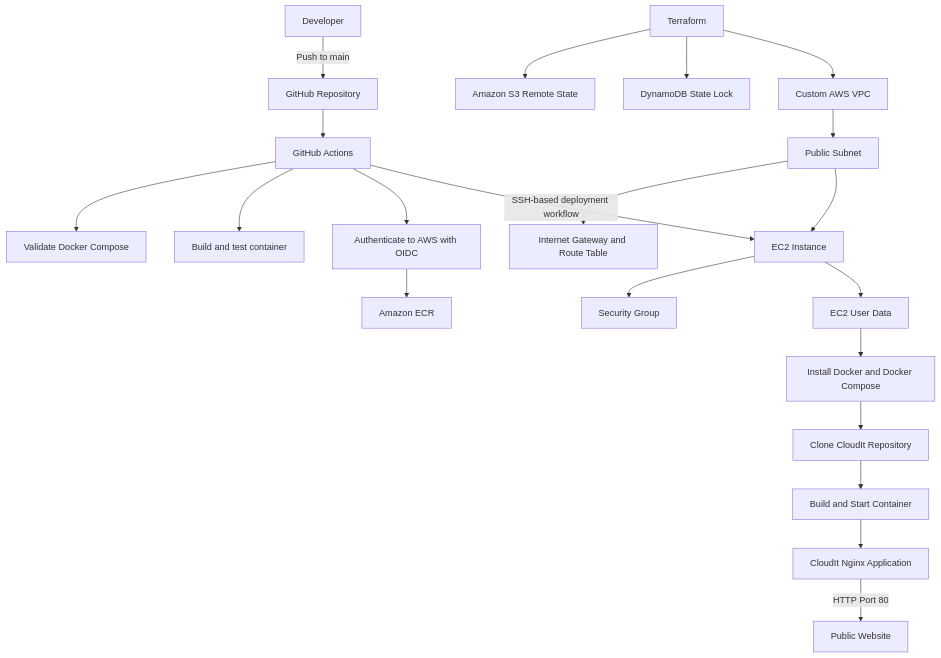
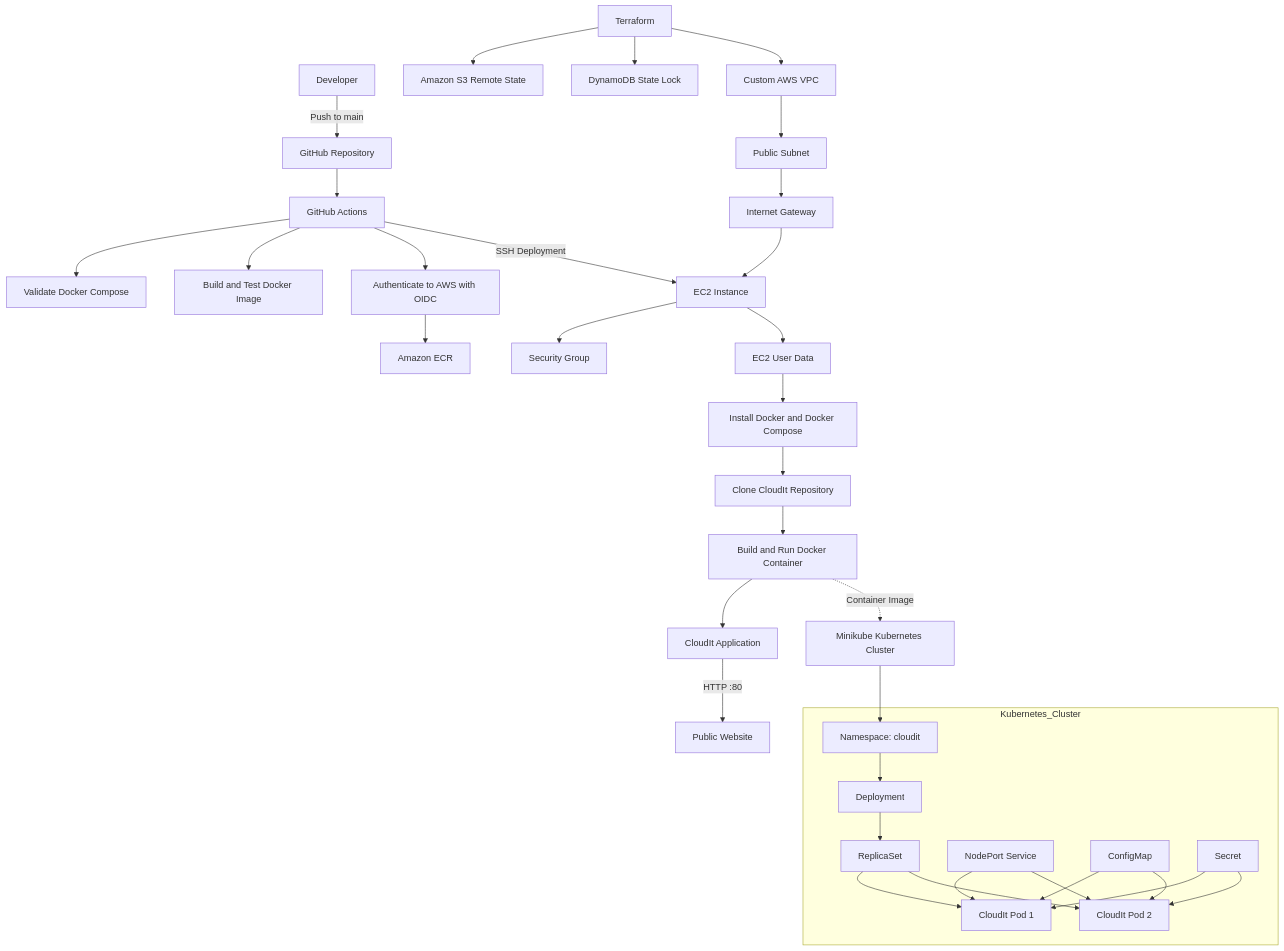
One commit to krish307/cloudit changed the first of 2 diagrams in README.md. Above: the diagram before and after it, drawn with Mermaid. The commit also changed other lines of this file and 14 other files, not shown here.

````diff
--- a/README.md
+++ b/README.md
@@ -73,28 +92,64 @@
 ```mermaid
 flowchart TD
     A[Developer] -->|Push to main| B[GitHub Repository]
 
+    %% Source Control & CI/CD
     B --> C[GitHub Actions]
     C --> C1[Validate Docker Compose]
-    C --> C2[Build and test container]
+    C --> C2[Build and Test Docker Image]
     C --> C3[Authenticate to AWS with OIDC]
     C3 --> D[Amazon ECR]
 
+    %% Infrastructure Provisioning
     E[Terraform] --> F[Amazon S3 Remote State]
     E --> G[DynamoDB State Lock]
     E --> H[Custom AWS VPC]
 
     H --> I[Public Subnet]
-    I --> J[Internet Gateway and Route Table]
-    I --> K[EC2 Instance]
+    I --> J[Internet Gateway]
+    J --> K[EC2 Instance]
     K --> L[Security Group]
 
+    %% EC2 Bootstrap
     K --> M[EC2 User Data]
     M --> N[Install Docker and Docker Compose]
     N --> O[Clone CloudIt Repository]
-    O --> P[Build and Start Container]
-    P --> Q[CloudIt Nginx Application]
-    Q -->|HTTP Port 80| R[Public Website]
+    O --> P[Build and Run Docker Container]
 
-    C -->|SSH-based deployment workflow| K
+    %% Application
+    P --> Q[CloudIt Application]
+    Q -->|HTTP :80| R[Public Website]
+
+    %% GitHub Deployment
+    C -->|SSH Deployment| K
+
+    %% Kubernetes
+    P -. Container Image .-> S[Minikube Kubernetes Cluster]
+
+    subgraph Kubernetes_Cluster
+        T[Namespace: cloudit]
+        U[Deployment]
+        V[ReplicaSet]
+        W[CloudIt Pod 1]
+        X[CloudIt Pod 2]
+        Y[NodePort Service]
+        Z[ConfigMap]
+        AA[Secret]
+
+        T --> U
+        U --> V
+        V --> W
+        V --> X
+
+        Y --> W
+        Y --> X
+
+        Z --> W
+        Z --> X
+
+        AA --> W
+        AA --> X
+    end
+
+    S --> T
 ```
````
